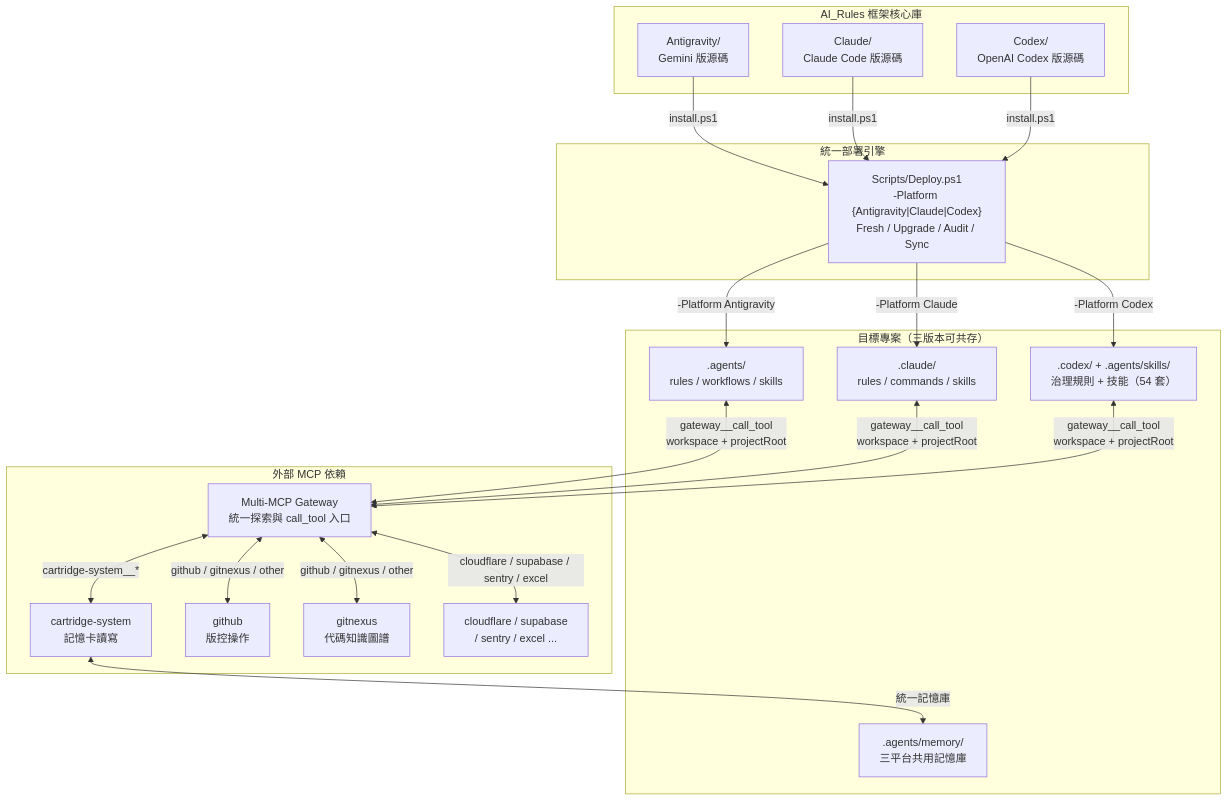
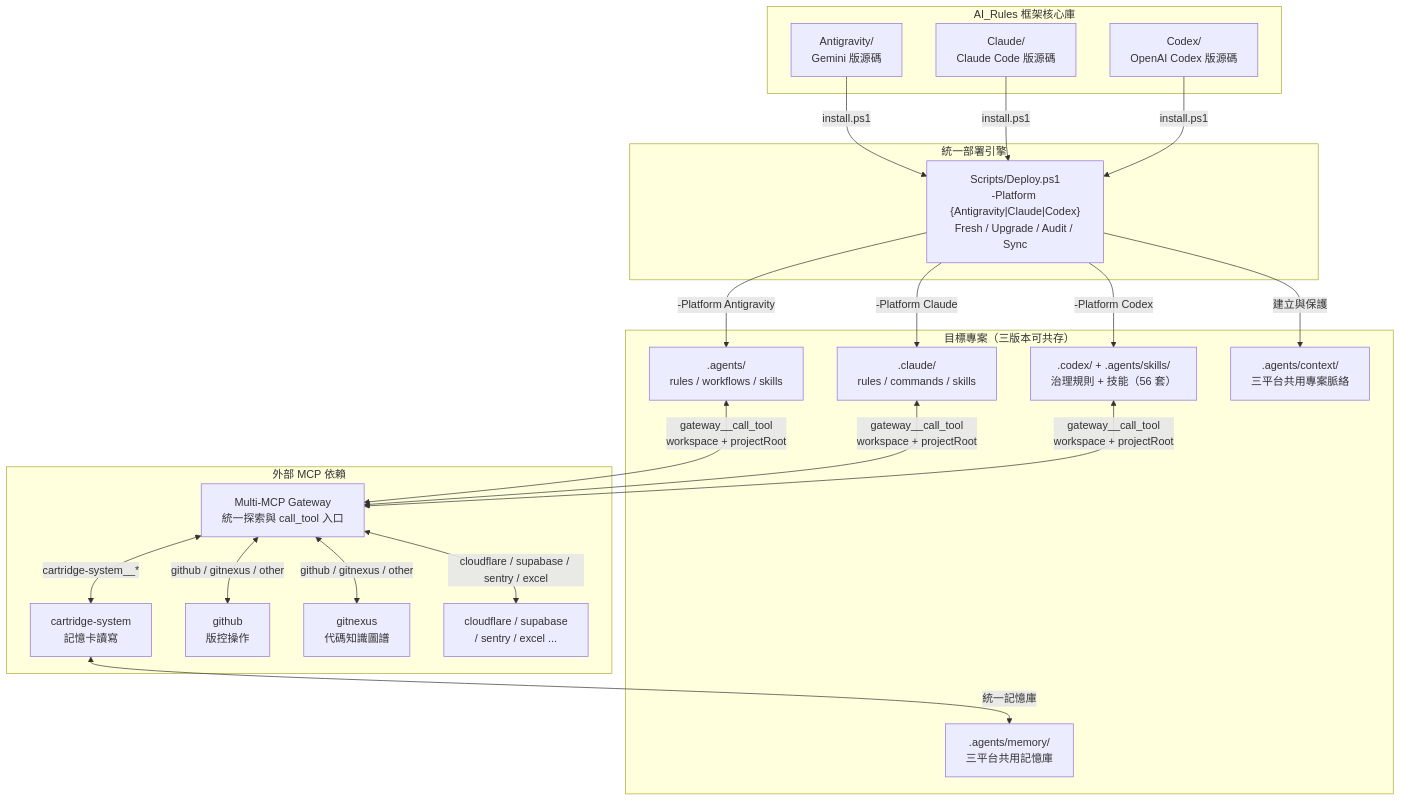
The first of 3 diagrams in README.md (Kunshao1117/AI_Rules), drawn with Mermaid before and after one commit. The commit also changed other lines of this file and 59 other files, not shown here.

````diff
--- a/README.md
+++ b/README.md
@@ -230,42 +233,44 @@
 ```mermaid
 graph TB
     subgraph "AI_Rules 框架核心庫"
         AG["Antigravity/<br/>Gemini 版源碼"]
         CL["Claude/<br/>Claude Code 版源碼"]
         CX["Codex/<br/>OpenAI Codex 版源碼"]
     end
 
     subgraph "統一部署引擎"
         DEPLOY["Scripts/Deploy.ps1<br/>-Platform {Antigravity|Claude|Codex}<br/>Fresh / Upgrade / Audit / Sync"]
     end
 
     subgraph "目標專案（三版本可共存）"
         AGE[".agents/<br/>rules / workflows / skills"]
         CLE[".claude/<br/>rules / commands / skills"]
-        CXE[".codex/ + .agents/skills/<br/>治理規則 + 技能（54 套）"]
+        CXE[".codex/ + .agents/skills/<br/>治理規則 + 技能（56 套）"]
         MEM[".agents/memory/<br/>三平台共用記憶庫"]
+        CTX[".agents/context/<br/>三平台共用專案脈絡"]
     end
 
     subgraph "外部 MCP 依賴"
         GW["Multi-MCP Gateway<br/>統一探索與 call_tool 入口"]
         CART["cartridge-system<br/>記憶卡讀寫"]
         GH["github<br/>版控操作"]
         GN["gitnexus<br/>代碼知識圖譜"]
         OTHER["cloudflare / supabase<br/>/ sentry / excel ..."]
     end
 
     AG -->|"install.ps1"| DEPLOY
     CL -->|"install.ps1"| DEPLOY
     CX -->|"install.ps1"| DEPLOY
     DEPLOY -->|"-Platform Antigravity"| AGE
     DEPLOY -->|"-Platform Claude"| CLE
     DEPLOY -->|"-Platform Codex"| CXE
     AGE <-->|"gateway__call_tool<br/>workspace + projectRoot"| GW
     CLE <-->|"gateway__call_tool<br/>workspace + projectRoot"| GW
     CXE <-->|"gateway__call_tool<br/>workspace + projectRoot"| GW
     GW <-->|"cartridge-system__*"| CART
     GW <-->|"github / gitnexus / other"| GH
     GW <-->|"github / gitnexus / other"| GN
     GW <-->|"cloudflare / supabase / sentry / excel"| OTHER
     CART <-->|"統一記憶庫"| MEM
+    DEPLOY -->|"建立與保護"| CTX
 ```
````
